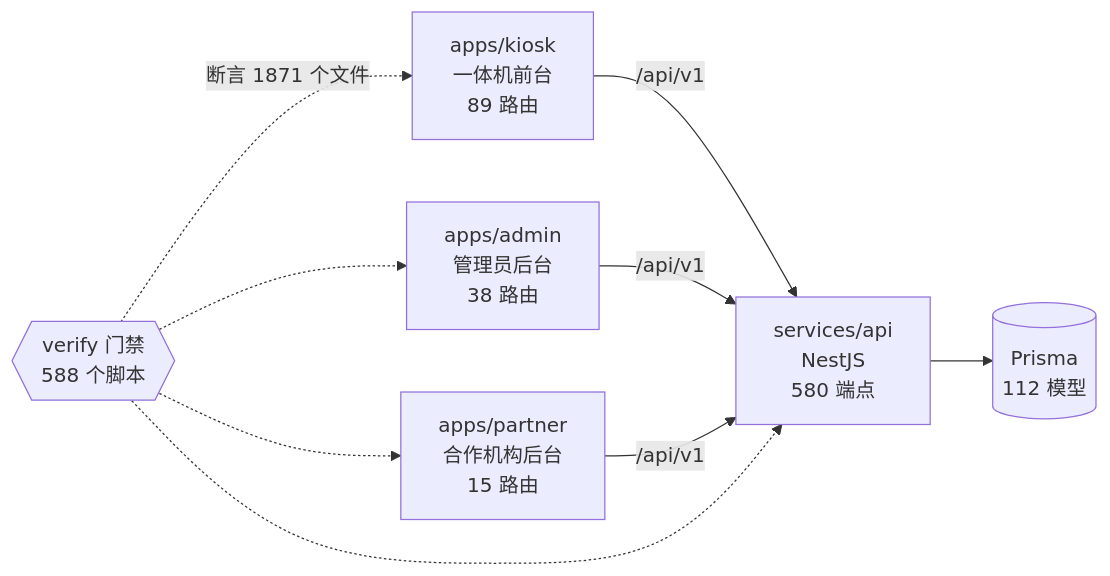
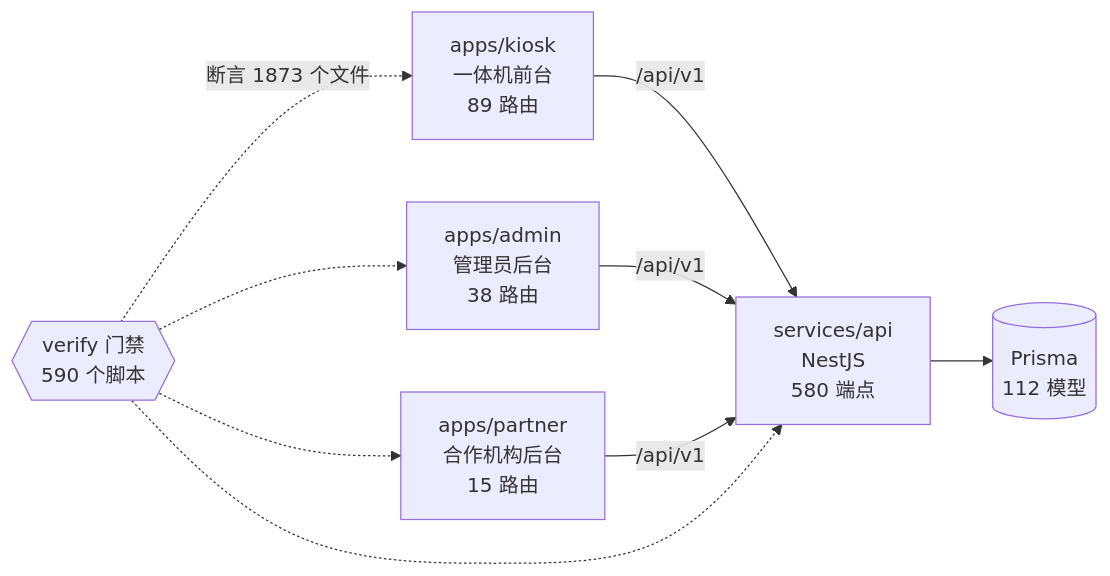
Before and after one commit to wanglei581/YITIJI: the diagram in docs/graph/README.md, drawn with Mermaid. The commit also changed other lines of this file and 4 other files, not shown here.

Commit message:
chore(graph): 重新生成项目图谱

````diff
--- a/docs/graph/README.md
+++ b/docs/graph/README.md
@@ -68,18 +68,18 @@
 ```mermaid
 flowchart LR
   kiosk["apps/kiosk<br/>一体机前台<br/>89 路由"]
   admin["apps/admin<br/>管理员后台<br/>38 路由"]
   partner["apps/partner<br/>合作机构后台<br/>15 路由"]
   api["services/api<br/>NestJS<br/>580 端点"]
   db[("Prisma<br/>112 模型")]
-  gates{{"verify 门禁<br/>588 个脚本"}}
+  gates{{"verify 门禁<br/>590 个脚本"}}
 
   kiosk -->|"/api/v1"| api
   admin -->|"/api/v1"| api
   partner -->|"/api/v1"| api
   api --> db
-  gates -.->|"断言 1871 个文件"| kiosk
+  gates -.->|"断言 1873 个文件"| kiosk
   gates -.-> admin
   gates -.-> partner
   gates -.-> api
 ```
````
